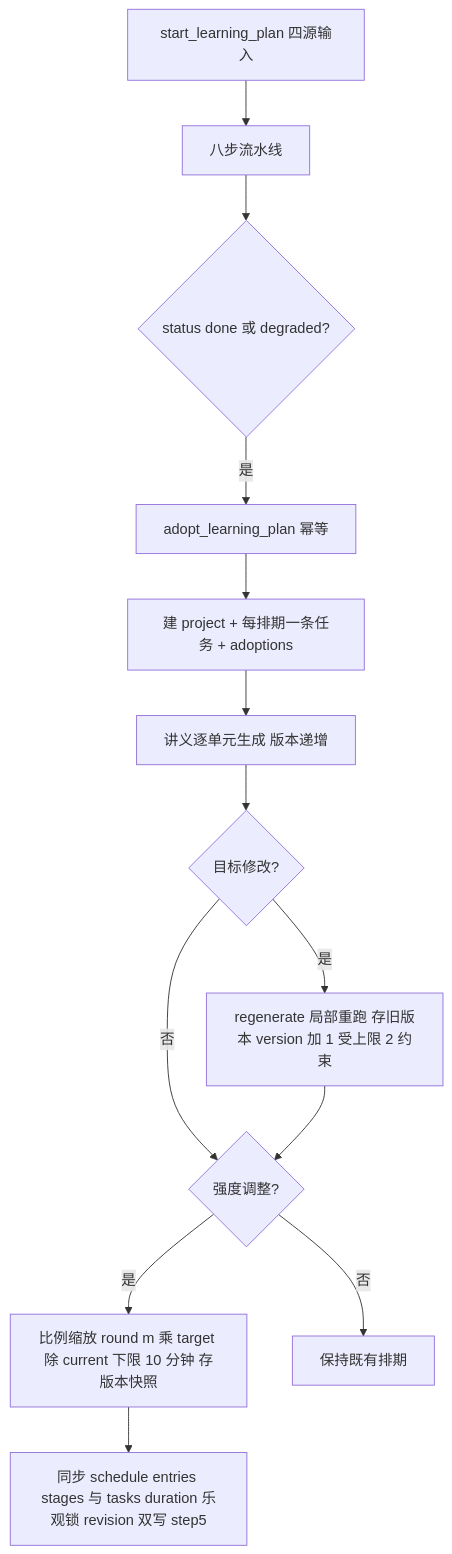
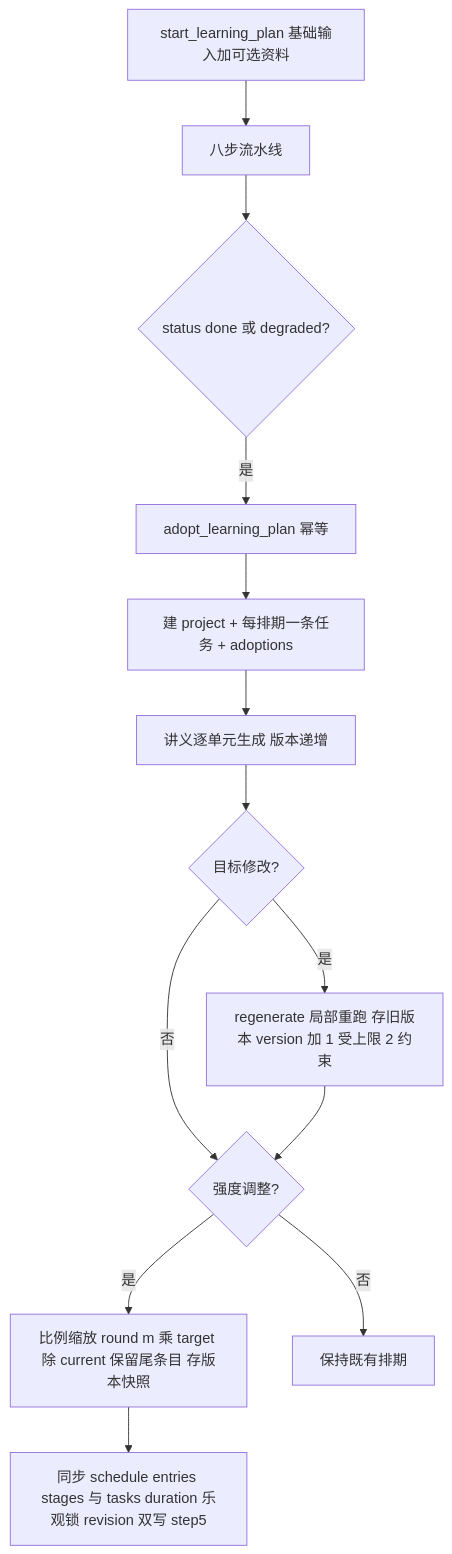
Before and after one commit to hershate/Deep-tutor: the fourth of 11 diagrams in docs/architecture/03-workflow.md, drawn with Mermaid. The commit also changed other lines of this file and 17 other files, not shown here.

````diff
--- a/docs/architecture/03-workflow.md
+++ b/docs/architecture/03-workflow.md
@@ -94,15 +96,15 @@
 ```mermaid
 flowchart TD
-    A[start_learning_plan 四源输入] --> B[八步流水线]
+    A[start_learning_plan 基础输入加可选资料] --> B[八步流水线]
     B --> C{status done 或 degraded?}
     C -->|是| D[adopt_learning_plan 幂等]
     D --> E[建 project + 每排期一条任务 + adoptions]
     E --> F[讲义逐单元生成 版本递增]
     F --> G{目标修改?}
     G -->|是| H[regenerate 局部重跑 存旧版本 version 加 1 受上限 2 约束]
     G -->|否| I{强度调整?}
     H --> I
-    I -->|是| J[比例缩放 round m 乘 target 除 current 下限 10 分钟 存版本快照]
+    I -->|是| J[比例缩放 round m 乘 target 除 current 保留尾条目 存版本快照]
     I -->|否| K[保持既有排期]
     J --> L[同步 schedule entries stages 与 tasks duration 乐观锁 revision 双写 step5]
 ```
````
